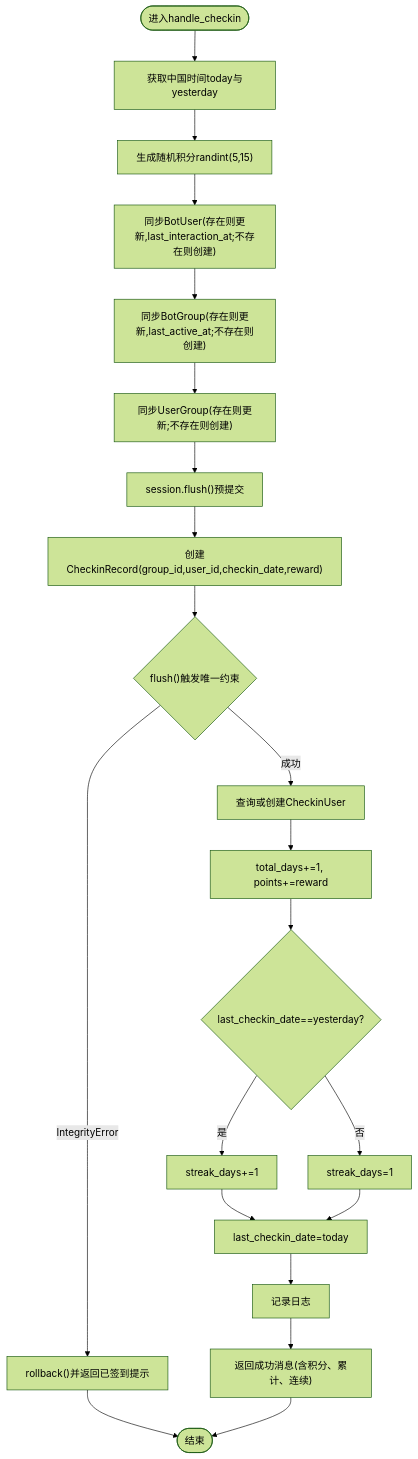
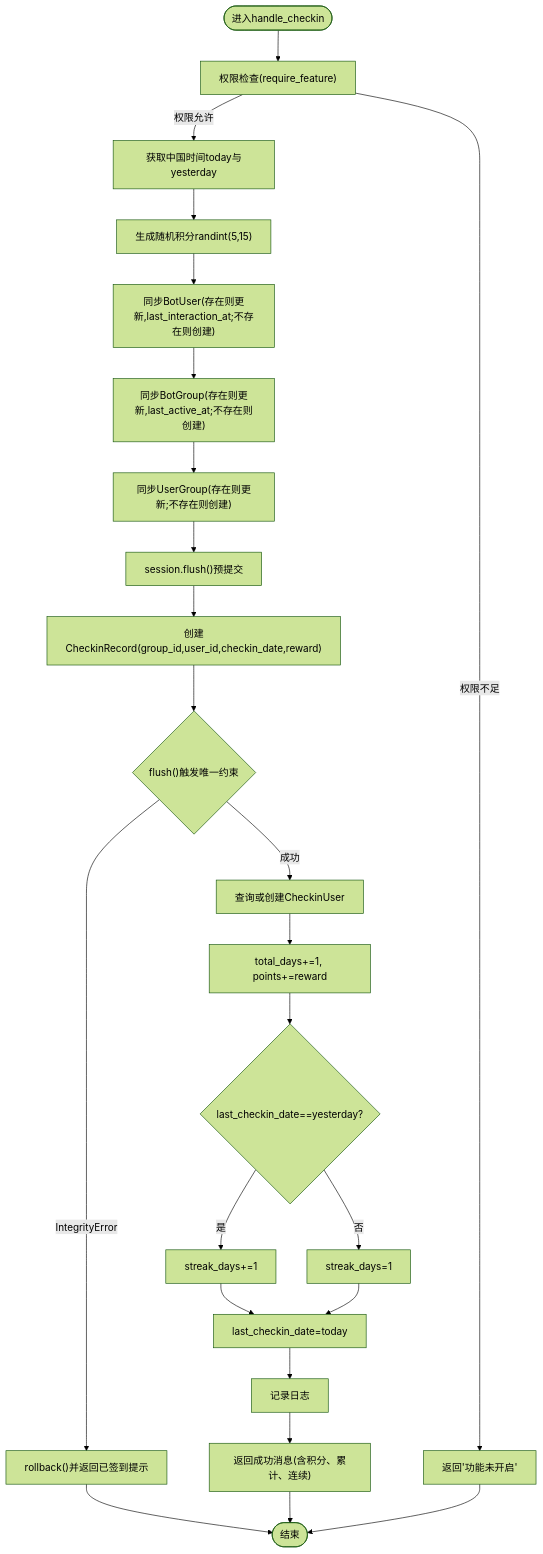
The third of 6 diagrams in .qoder/repowiki/zh/content/核心功能模块/签到系统.md (Wohaokunr/yawn_bot), drawn with Mermaid (forest theme) before and after one commit. The commit also changed other lines of this file and 10 other files, not shown here.

````diff
--- a/.qoder/repowiki/zh/content/核心功能模块/签到系统.md
+++ b/.qoder/repowiki/zh/content/核心功能模块/签到系统.md
@@ -183,23 +200,26 @@
 ```mermaid
 flowchart TD
-Start(["进入handle_checkin"]) --> GetTime["获取中国时间today与yesterday"]
+Start(["进入handle_checkin"]) --> PermCheck["权限检查(require_feature)"]
+PermCheck --> |权限不足| PermDenied["返回'功能未开启'"]
+PermCheck --> |权限允许| GetTime["获取中国时间today与yesterday"]
 GetTime --> GenReward["生成随机积分randint(5,15)"]
 GenReward --> SyncUser["同步BotUser(存在则更新,last_interaction_at;不存在则创建)"]
 SyncUser --> SyncGroup["同步BotGroup(存在则更新,last_active_at;不存在则创建)"]
 SyncGroup --> SyncUG["同步UserGroup(存在则更新;不存在则创建)"]
 SyncUG --> FlushPre["session.flush()预提交"]
 FlushPre --> AddRecord["创建CheckinRecord(group_id,user_id,checkin_date,reward)"]
 AddRecord --> TryFlush{"flush()触发唯一约束"}
 TryFlush --> |IntegrityError| Rollback["rollback()并返回已签到提示"]
 TryFlush --> |成功| UpsertCU["查询或创建CheckinUser"]
 UpsertCU --> UpdateStats["total_days+=1, points+=reward"]
 UpdateStats --> StreakLogic{"last_checkin_date==yesterday?"}
 StreakLogic --> |是| IncStreak["streak_days+=1"]
 StreakLogic --> |否| ResetStreak["streak_days=1"]
 IncStreak --> SetLastDate["last_checkin_date=today"]
 ResetStreak --> SetLastDate
 SetLastDate --> Log["记录日志"]
 Log --> Respond["返回成功消息(含积分、累计、连续)"]
 Rollback --> End(["结束"])
 Respond --> End
+PermDenied --> End
 ```
````
